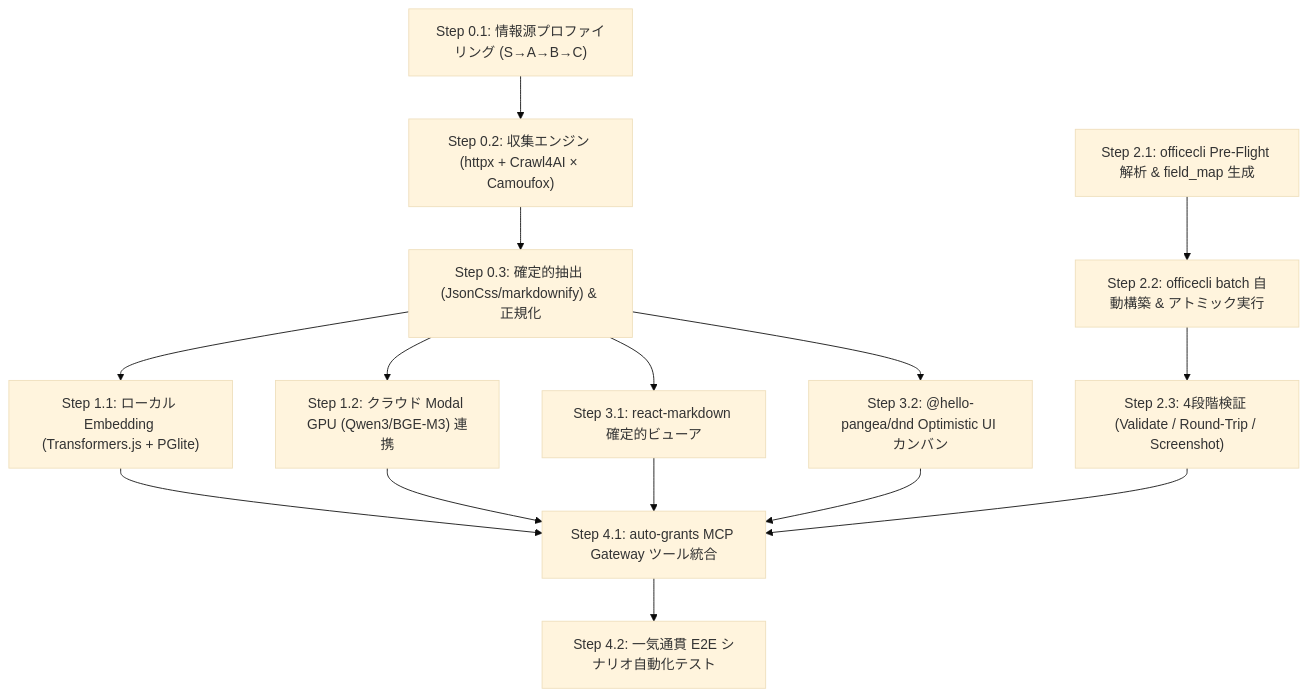
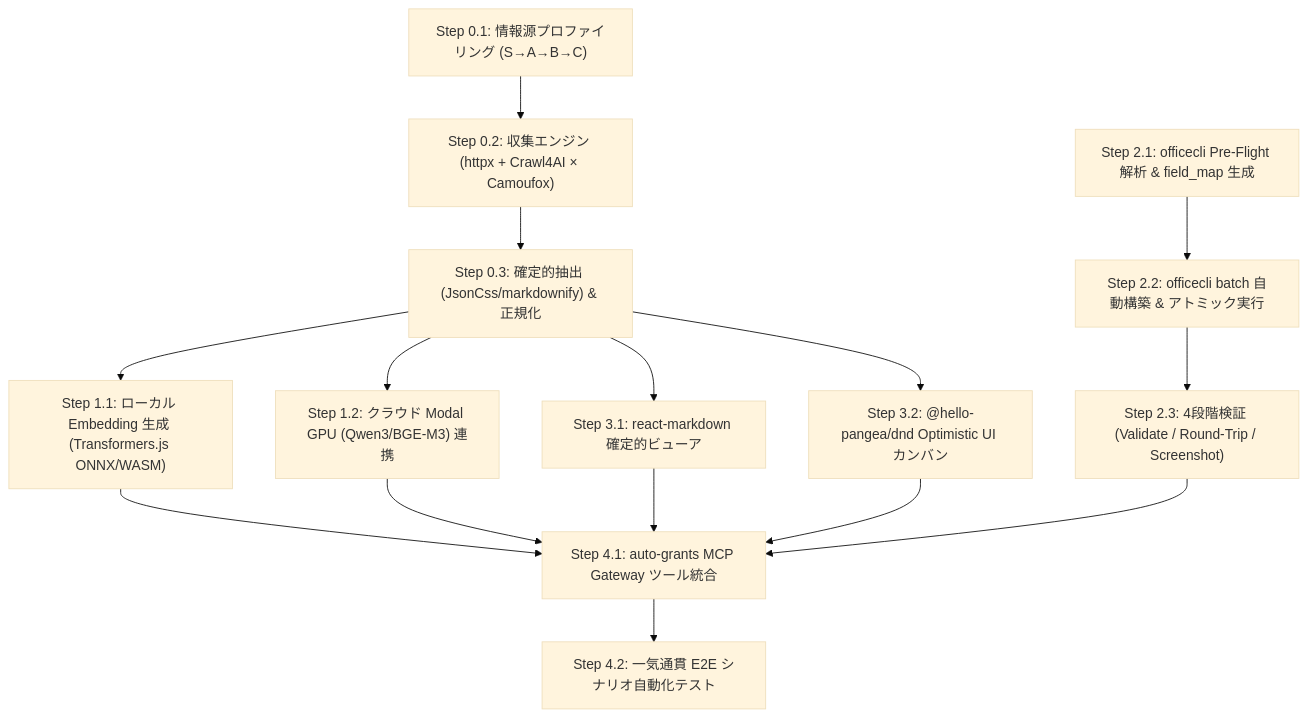
The diagram in docs/implementation_flow.md (t012093/auto-grants-integrated), drawn with Mermaid (base theme) before and after one commit. The commit also changed other lines of this file and 3 other files, not shown here.

````diff
--- a/docs/implementation_flow.md
+++ b/docs/implementation_flow.md
@@ -15,27 +15,27 @@
 ```mermaid
 graph TD
     P0_1["Step 0.1: 情報源プロファイリング (S→A→B→C)"]
     P0_2["Step 0.2: 収集エンジン (httpx + Crawl4AI × Camoufox)"]
     P0_3["Step 0.3: 確定的抽出 (JsonCss/markdownify) & 正規化"]
     
-    P1_1["Step 1.1: ローカル Embedding (Transformers.js + PGlite)"]
+    P1_1["Step 1.1: ローカル Embedding 生成 (Transformers.js ONNX/WASM)"]
     P1_2["Step 1.2: クラウド Modal GPU (Qwen3/BGE-M3) 連携"]
     
     P2_1["Step 2.1: officecli Pre-Flight 解析 & field_map 生成"]
     P2_2["Step 2.2: officecli batch 自動構築 & アトミック実行"]
     P2_3["Step 2.3: 4段階検証 (Validate / Round-Trip / Screenshot)"]
     
     P3_1["Step 3.1: react-markdown 確定的ビューア"]
     P3_2["Step 3.2: @hello-pangea/dnd Optimistic UI カンバン"]
     
     P4_1["Step 4.1: auto-grants MCP Gateway ツール統合"]
     P4_2["Step 4.2: 一気通貫 E2E シナリオ自動化テスト"]
 
     P0_1 --> P0_2 --> P0_3
     P0_3 --> P1_1 & P1_2
     P0_3 --> P3_1 & P3_2
     P1_1 & P1_2 --> P4_1
     P2_1 --> P2_2 --> P2_3 --> P4_1
     P3_1 & P3_2 --> P4_1
     P4_1 --> P4_2
 ```
````
